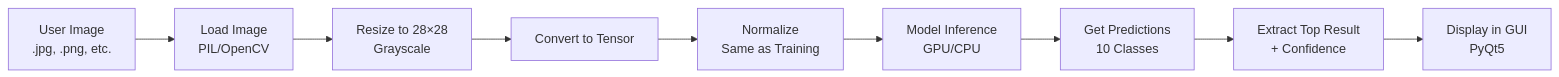
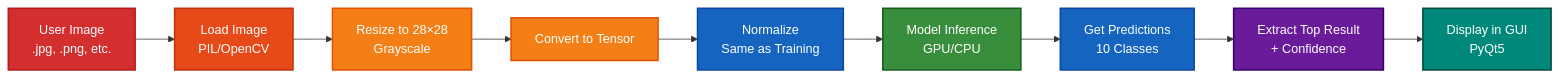
One commit to VishnuKant0925/MNIST-Digit-Classifier- changed the fifth of 5 diagrams in README.md. Above: the diagram before and after it, drawn with Mermaid. The commit also changed other lines of this file, not shown here.

````diff
--- a/README.md
+++ b/README.md
@@ -347,11 +362,21 @@
 ```mermaid
 graph LR
     A["User Image<br/>.jpg, .png, etc."] --> B["Load Image<br/>PIL/OpenCV"]
     B --> C["Resize to 28×28<br/>Grayscale"]
     C --> D["Convert to Tensor"]
     D --> E["Normalize<br/>Same as Training"]
     E --> F["Model Inference<br/>GPU/CPU"]
     F --> G["Get Predictions<br/>10 Classes"]
     G --> H["Extract Top Result<br/>+ Confidence"]
     H --> I["Display in GUI<br/>PyQt5"]
+
+    style A fill:#D32F2F,stroke:#B71C1C,stroke-width:2px,color:#fff
+    style B fill:#E64A19,stroke:#BF360C,stroke-width:2px,color:#fff
+    style C fill:#F57F17,stroke:#E65100,stroke-width:2px,color:#fff
+    style D fill:#F57F17,stroke:#E65100,stroke-width:2px,color:#fff
+    style E fill:#1565C0,stroke:#0D47A1,stroke-width:2px,color:#fff
+    style F fill:#388E3C,stroke:#1B5E20,stroke-width:2px,color:#fff
+    style G fill:#1565C0,stroke:#0D47A1,stroke-width:2px,color:#fff
+    style H fill:#6A1B9A,stroke:#38006B,stroke-width:2px,color:#fff
+    style I fill:#00897B,stroke:#004D40,stroke-width:2px,color:#fff
 ```
````
